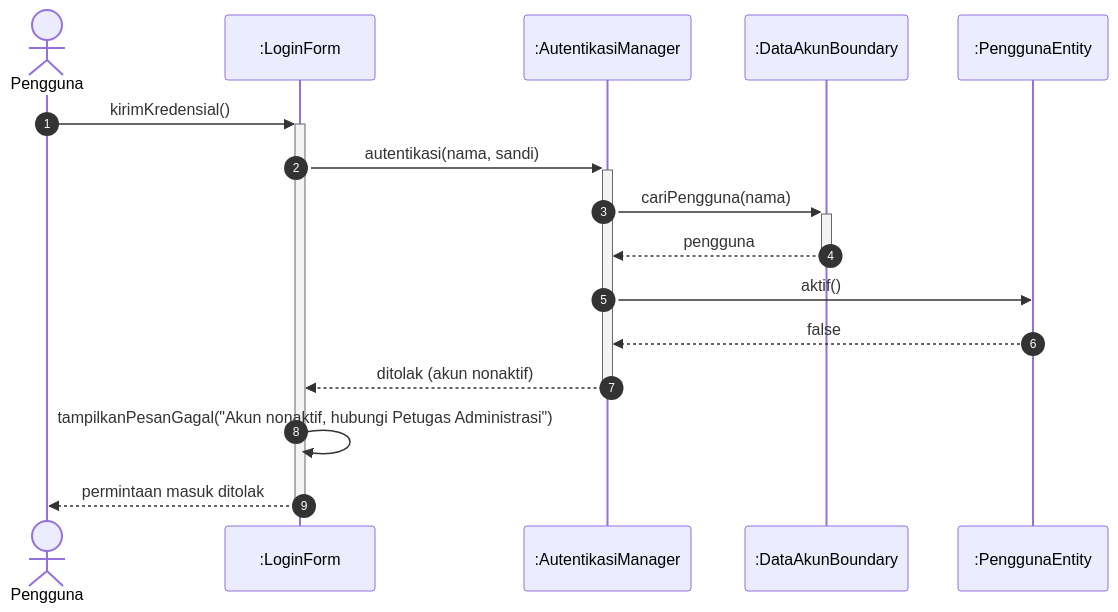
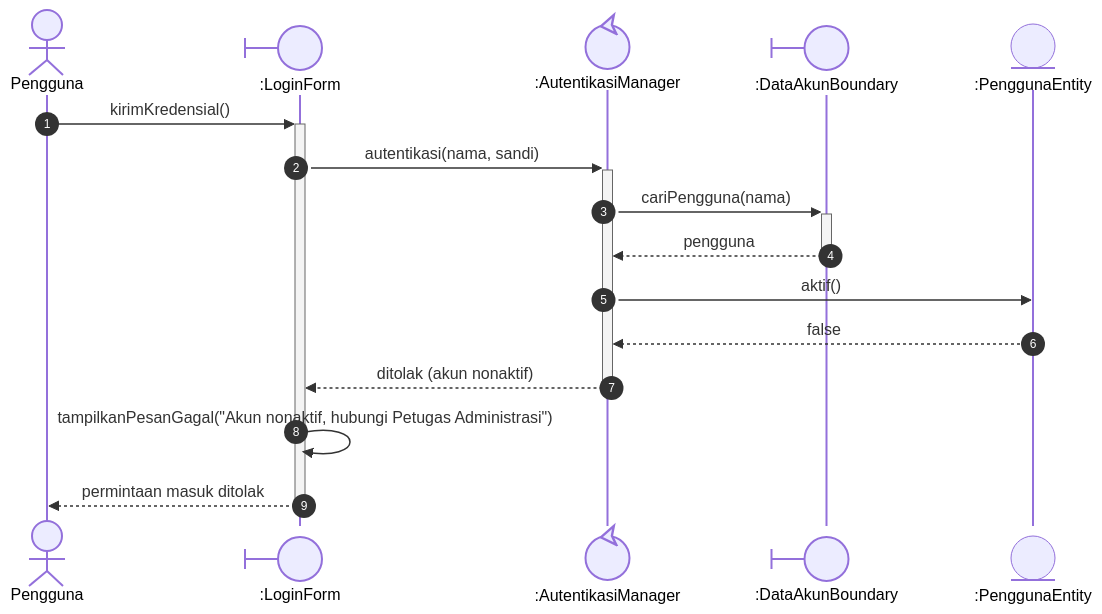
Before and after one commit to angseleong/IF2150-RPL-K02-G09: the diagram in docs/M7/assets/diagram/src/sequence-uc01-alt2.mmd, drawn with Mermaid. The commit also changed 59 other files, not shown here.

Commit message:
docs(m7): gambar ulang sequence UC01-UC06 dengan notasi BCE dan pangkas diagram kelas

```diff
--- a/docs/M7/assets/diagram/src/sequence-uc01-alt2.mmd
+++ b/docs/M7/assets/diagram/src/sequence-uc01-alt2.mmd
@@ -1,16 +1,16 @@
 sequenceDiagram
   autonumber
   actor A as Pengguna
-  participant LoginForm as :LoginForm
-  participant AutentikasiManager as :AutentikasiManager
-  participant DataAkunBoundary as :DataAkunBoundary
-  participant PenggunaEntity as :PenggunaEntity
+  participant LoginForm@{ "type": "boundary" } as :LoginForm
+  participant AutentikasiManager@{ "type": "control" } as :AutentikasiManager
+  participant DataAkunBoundary@{ "type": "boundary" } as :DataAkunBoundary
+  participant PenggunaEntity@{ "type": "entity" } as :PenggunaEntity
   A->>+LoginForm: kirimKredensial()
   LoginForm->>+AutentikasiManager: autentikasi(nama, sandi)
   AutentikasiManager->>+DataAkunBoundary: cariPengguna(nama)
   DataAkunBoundary-->>-AutentikasiManager: pengguna
   AutentikasiManager->>PenggunaEntity: aktif()
   PenggunaEntity-->>AutentikasiManager: false
   AutentikasiManager-->>-LoginForm: ditolak (akun nonaktif)
   LoginForm->>LoginForm: tampilkanPesanGagal("Akun nonaktif, hubungi Petugas Administrasi")
   LoginForm-->>-A: permintaan masuk ditolak
```
